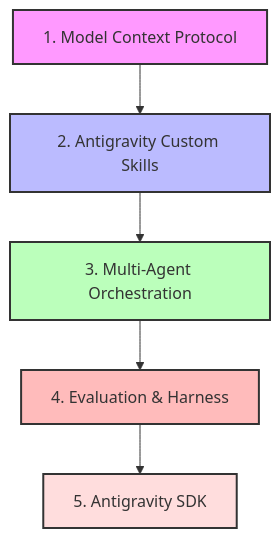
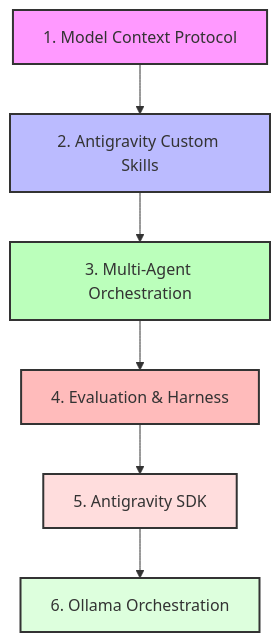
The diagram in curriculum.md (eooiea/AI-Engineering), drawn with Mermaid before and after one commit. The commit also changed other lines of this file and 2 other files, not shown here.

Commit message:
Add Module 6: Ollama Local Agent Collaboration and examples

````diff
--- a/curriculum.md
+++ b/curriculum.md
@@ -11,12 +11,14 @@
 ```mermaid
 graph TD
     M1[1. Model Context Protocol] --> M2[2. Antigravity Custom Skills]
     M2 --> M3[3. Multi-Agent Orchestration]
     M3 --> M4[4. Evaluation & Harness]
     M4 --> M5[5. Antigravity SDK]
+    M5 --> M6[6. Ollama Orchestration]
     style M1 fill:#f9f,stroke:#333,stroke-width:2px
     style M2 fill:#bbf,stroke:#333,stroke-width:2px
     style M3 fill:#bfb,stroke:#333,stroke-width:2px
     style M4 fill:#fbb,stroke:#333,stroke-width:2px
     style M5 fill:#fdd,stroke:#333,stroke-width:2px
+    style M6 fill:#dfd,stroke:#333,stroke-width:2px
 ```
````
